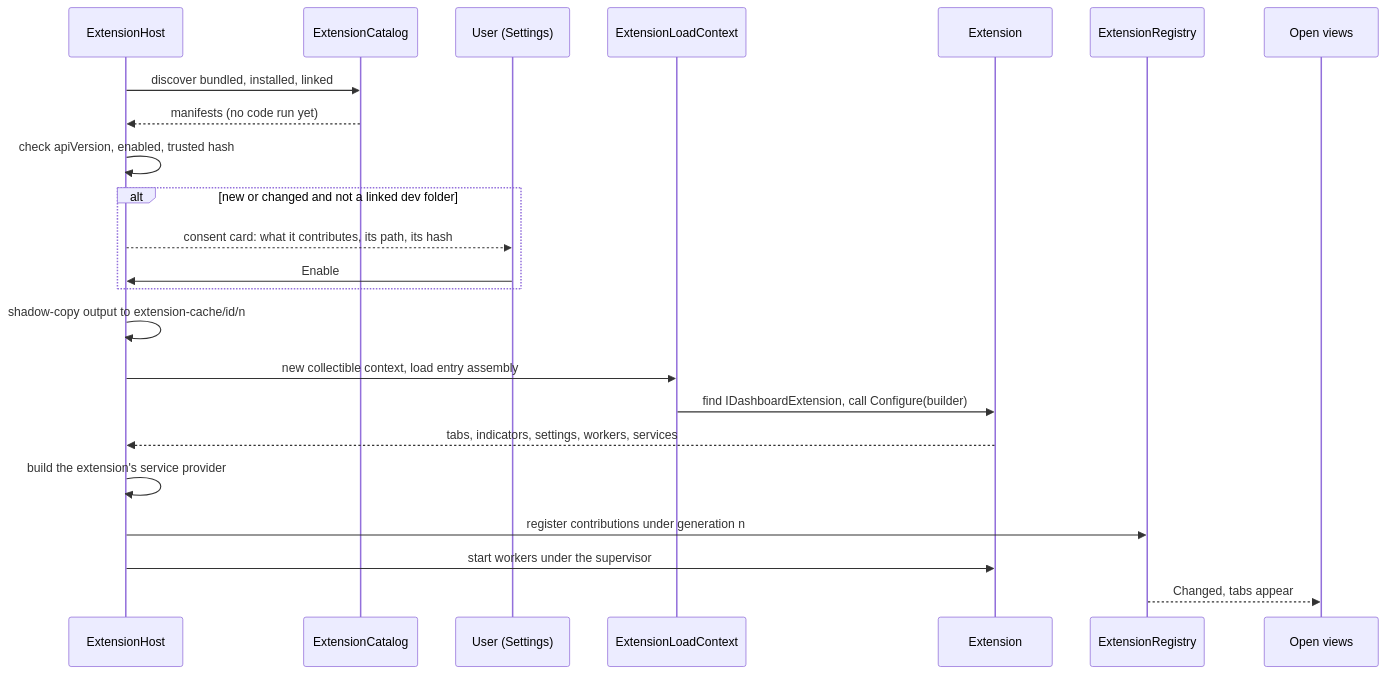
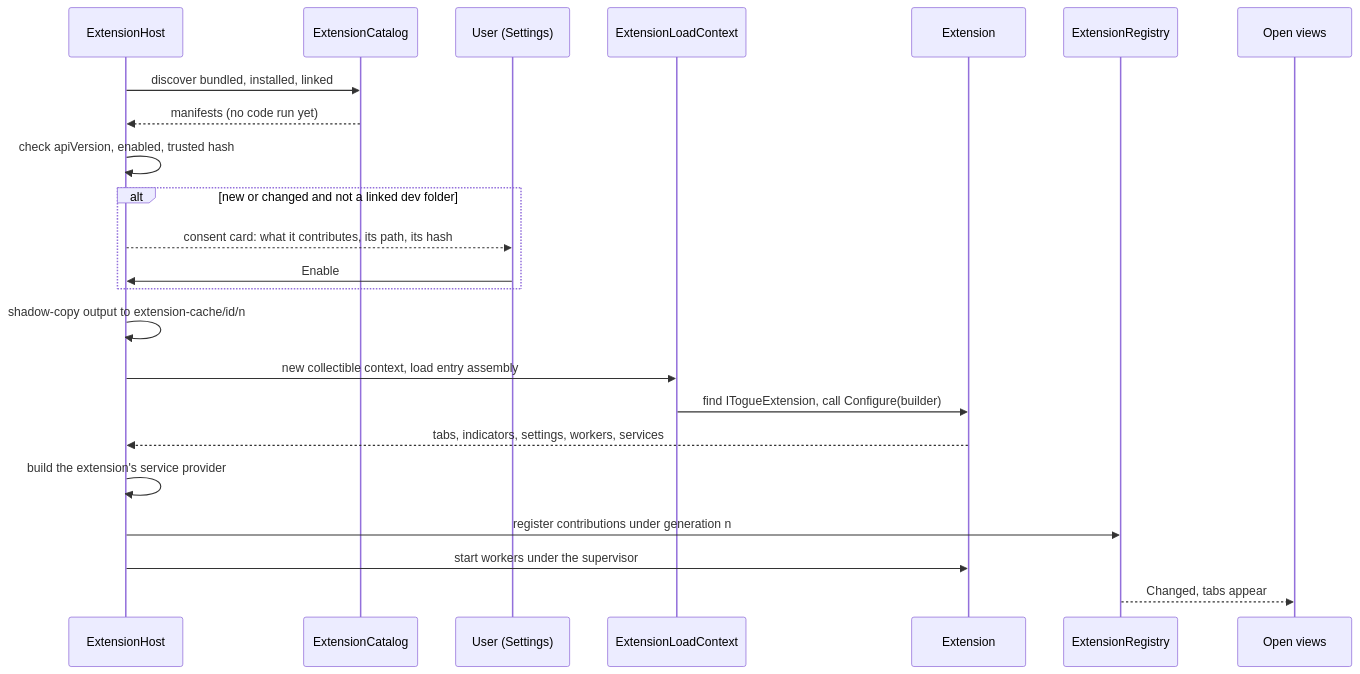
The second of 3 diagrams in docs/design/extensions.md (BradenTerry/Tog), drawn with Mermaid before and after one commit. The commit also changed other lines of this file and 483 other files, not shown here.

````diff
--- a/docs/design/extensions.md
+++ b/docs/design/extensions.md
@@ -320,26 +320,26 @@
 ```mermaid
 sequenceDiagram
     participant H as ExtensionHost
     participant C as ExtensionCatalog
     participant U as User (Settings)
     participant A as ExtensionLoadContext
     participant E as Extension
     participant R as ExtensionRegistry
     participant V as Open views
 
     H->>C: discover bundled, installed, linked
     C-->>H: manifests (no code run yet)
     H->>H: check apiVersion, enabled, trusted hash
     alt new or changed and not a linked dev folder
         H-->>U: consent card: what it contributes, its path, its hash
         U->>H: Enable
     end
     H->>H: shadow-copy output to extension-cache/id/n
     H->>A: new collectible context, load entry assembly
-    A->>E: find IDashboardExtension, call Configure(builder)
+    A->>E: find ITogueExtension, call Configure(builder)
     E-->>H: tabs, indicators, settings, workers, services
     H->>H: build the extension's service provider
     H->>R: register contributions under generation n
     H->>E: start workers under the supervisor
     R-->>V: Changed, tabs appear
 ```
````
